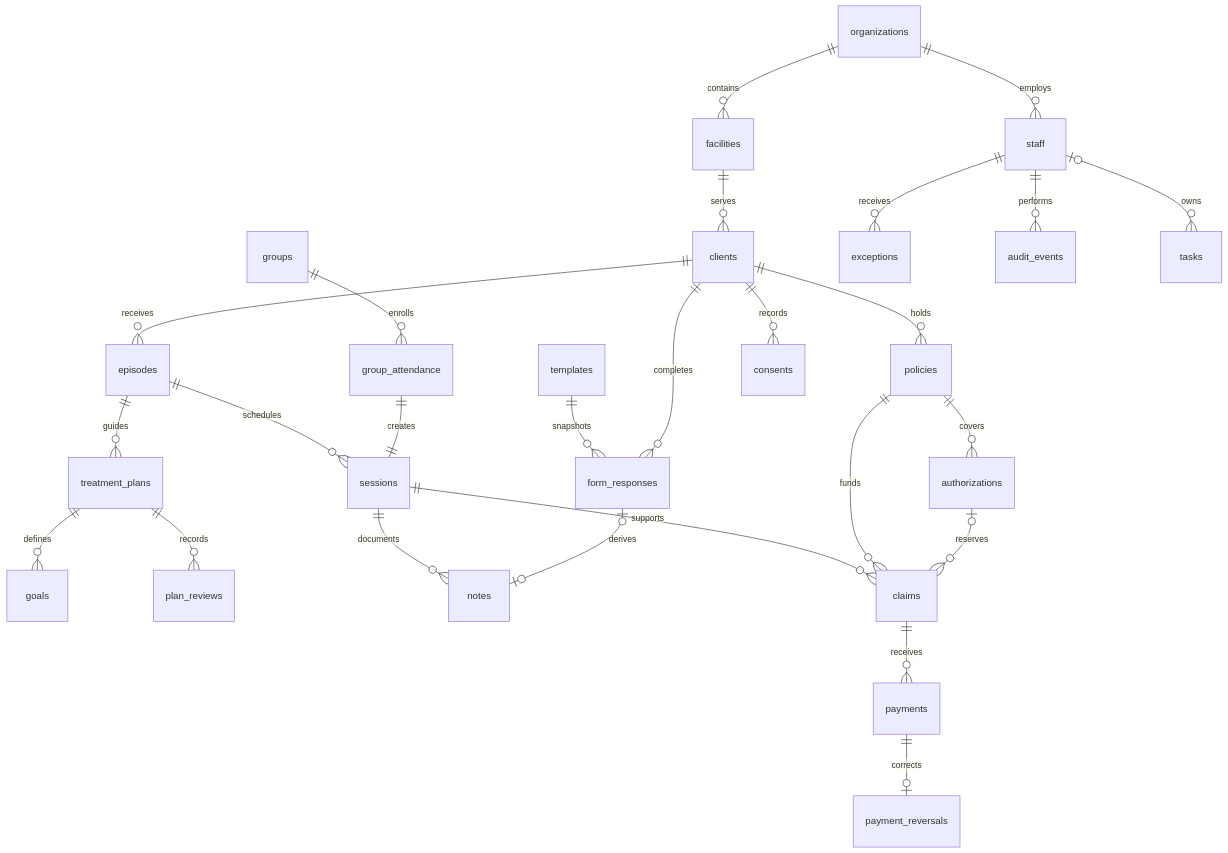
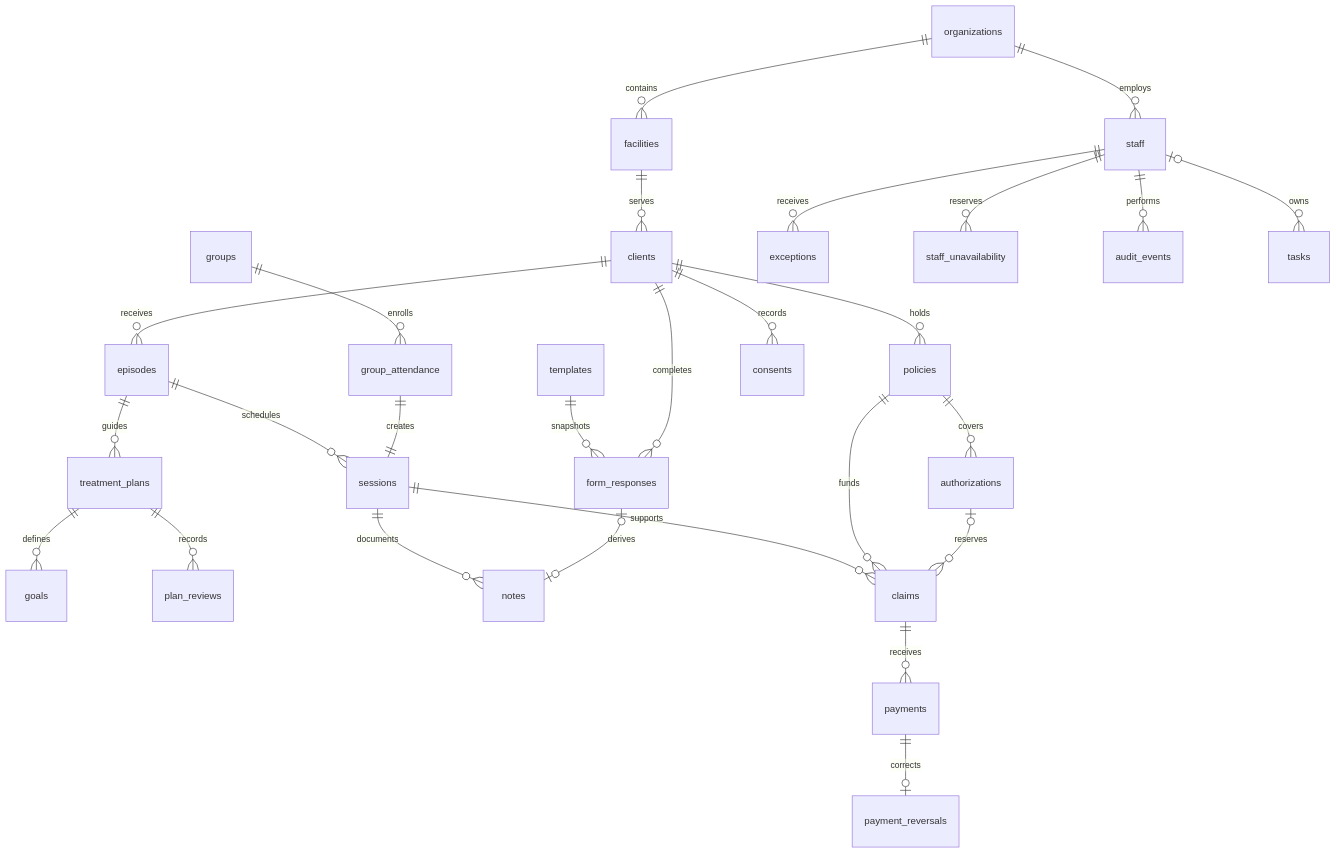
The diagram in docs/architecture/data-model.md (GabeGiancarlo/EMR), drawn with Mermaid before and after one commit. The commit also changed other lines of this file and 38 other files, not shown here.

````diff
--- a/docs/architecture/data-model.md
+++ b/docs/architecture/data-model.md
@@ -7,28 +7,29 @@
 ```mermaid
 erDiagram
     organizations ||--o{ facilities : contains
     organizations ||--o{ staff : employs
     facilities ||--o{ clients : serves
     clients ||--o{ episodes : receives
     episodes ||--o{ sessions : schedules
     groups ||--o{ group_attendance : enrolls
     group_attendance ||--|| sessions : creates
     episodes ||--o{ treatment_plans : guides
     treatment_plans ||--o{ goals : defines
     treatment_plans ||--o{ plan_reviews : records
     templates ||--o{ form_responses : snapshots
     clients ||--o{ form_responses : completes
     sessions ||--o{ notes : documents
     form_responses |o--o| notes : derives
     clients ||--o{ policies : holds
     policies ||--o{ authorizations : covers
     sessions ||--o{ claims : supports
     policies ||--o{ claims : funds
     authorizations |o--o{ claims : reserves
     claims ||--o{ payments : receives
     payments ||--o| payment_reversals : corrects
     clients ||--o{ consents : records
     staff ||--o{ exceptions : receives
+    staff ||--o{ staff_unavailability : reserves
     staff ||--o{ audit_events : performs
     staff |o--o{ tasks : owns
 ```
````
